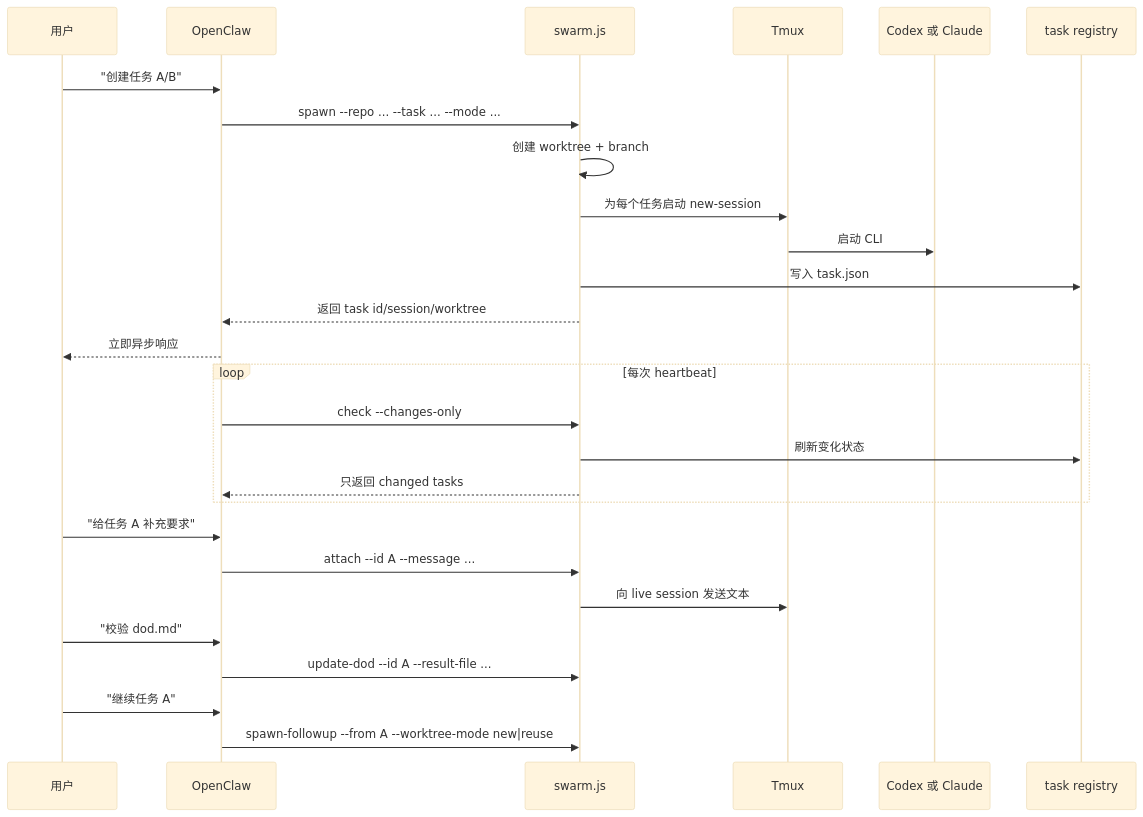
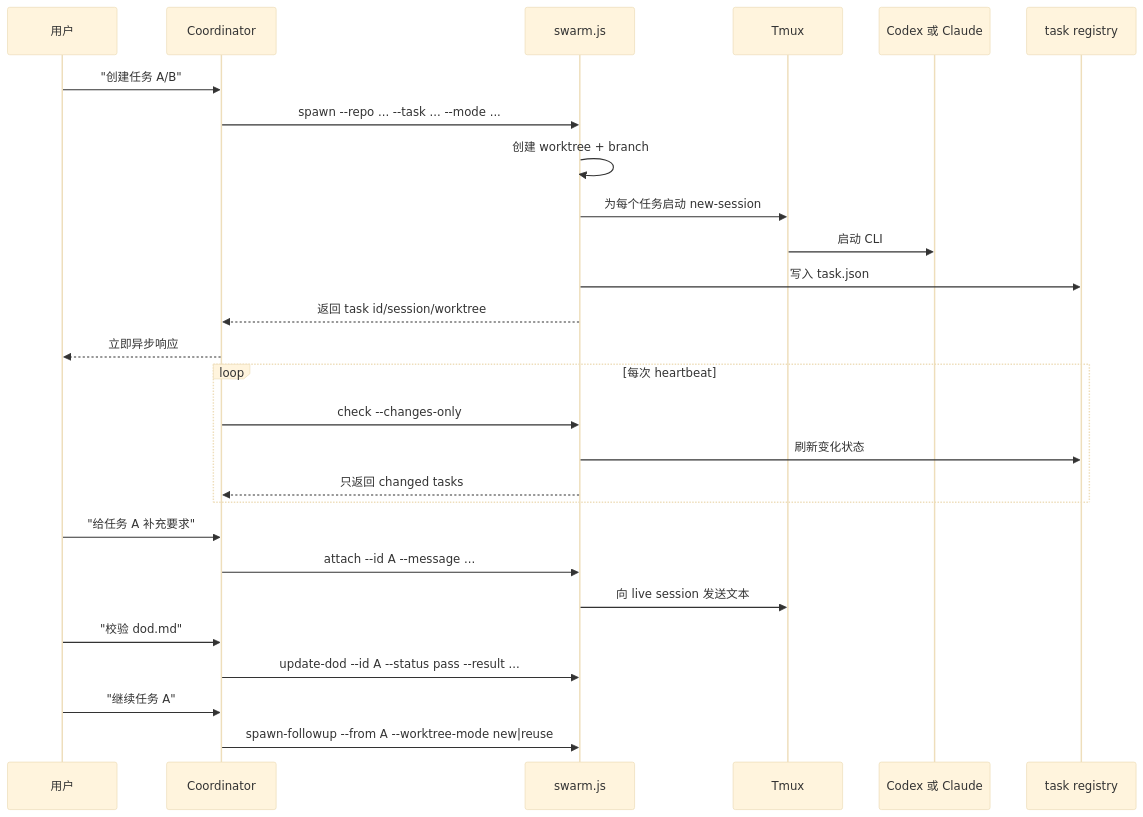
One commit to youzaiAGI/openclaw-agent-swarm-skills changed the second of 2 diagrams in docs/README.zh-CN.md. Above: the diagram before and after it, drawn with Mermaid (base theme). The commit also changed other lines of this file and 5 other files, not shown here.

````diff
--- a/docs/README.zh-CN.md
+++ b/docs/README.zh-CN.md
@@ -76,34 +76,34 @@
 ```mermaid
 sequenceDiagram
     participant User as 用户
-    participant OpenClaw
+    participant Coordinator
     participant Swarm as swarm.js
     participant Tmux
     participant Agent as Codex 或 Claude
     participant Registry as task registry
 
-    User->>OpenClaw: "创建任务 A/B"
-    OpenClaw->>Swarm: spawn --repo ... --task ... --mode ...
+    User->>Coordinator: "创建任务 A/B"
+    Coordinator->>Swarm: spawn --repo ... --task ... --mode ...
     Swarm->>Swarm: 创建 worktree + branch
     Swarm->>Tmux: 为每个任务启动 new-session
     Tmux->>Agent: 启动 CLI
     Swarm->>Registry: 写入 task.json
-    Swarm-->>OpenClaw: 返回 task id/session/worktree
-    OpenClaw-->>User: 立即异步响应
+    Swarm-->>Coordinator: 返回 task id/session/worktree
+    Coordinator-->>User: 立即异步响应
 
     loop 每次 heartbeat
-        OpenClaw->>Swarm: check --changes-only
+        Coordinator->>Swarm: check --changes-only
         Swarm->>Registry: 刷新变化状态
-        Swarm-->>OpenClaw: 只返回 changed tasks
+        Swarm-->>Coordinator: 只返回 changed tasks
     end
 
-    User->>OpenClaw: "给任务 A 补充要求"
-    OpenClaw->>Swarm: attach --id A --message ...
+    User->>Coordinator: "给任务 A 补充要求"
+    Coordinator->>Swarm: attach --id A --message ...
     Swarm->>Tmux: 向 live session 发送文本
 
-    User->>OpenClaw: "校验 dod.md"
-    OpenClaw->>Swarm: update-dod --id A --result-file ...
+    User->>Coordinator: "校验 dod.md"
+    Coordinator->>Swarm: update-dod --id A --status pass --result ...
 
-    User->>OpenClaw: "继续任务 A"
-    OpenClaw->>Swarm: spawn-followup --from A --worktree-mode new|reuse
+    User->>Coordinator: "继续任务 A"
+    Coordinator->>Swarm: spawn-followup --from A --worktree-mode new|reuse
 ```
````
